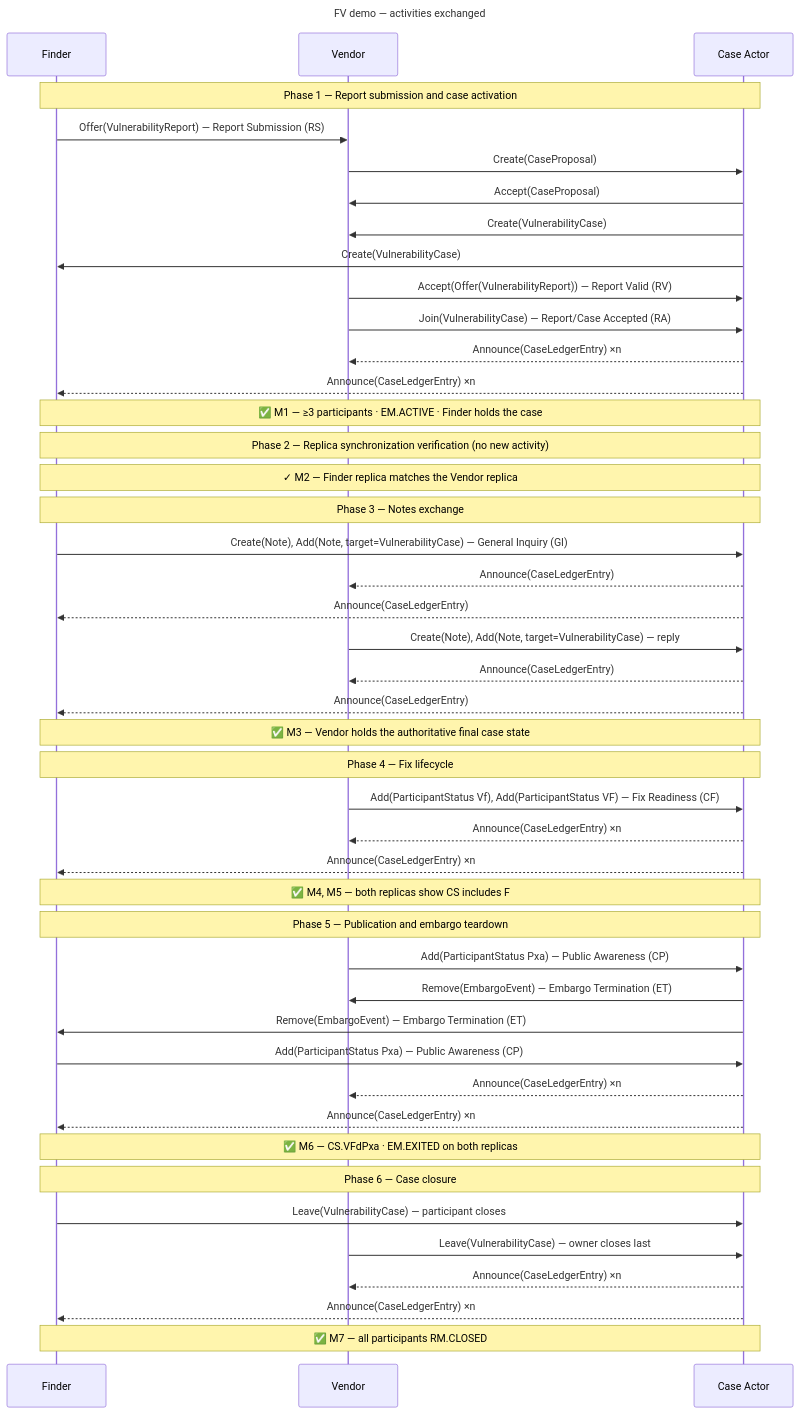
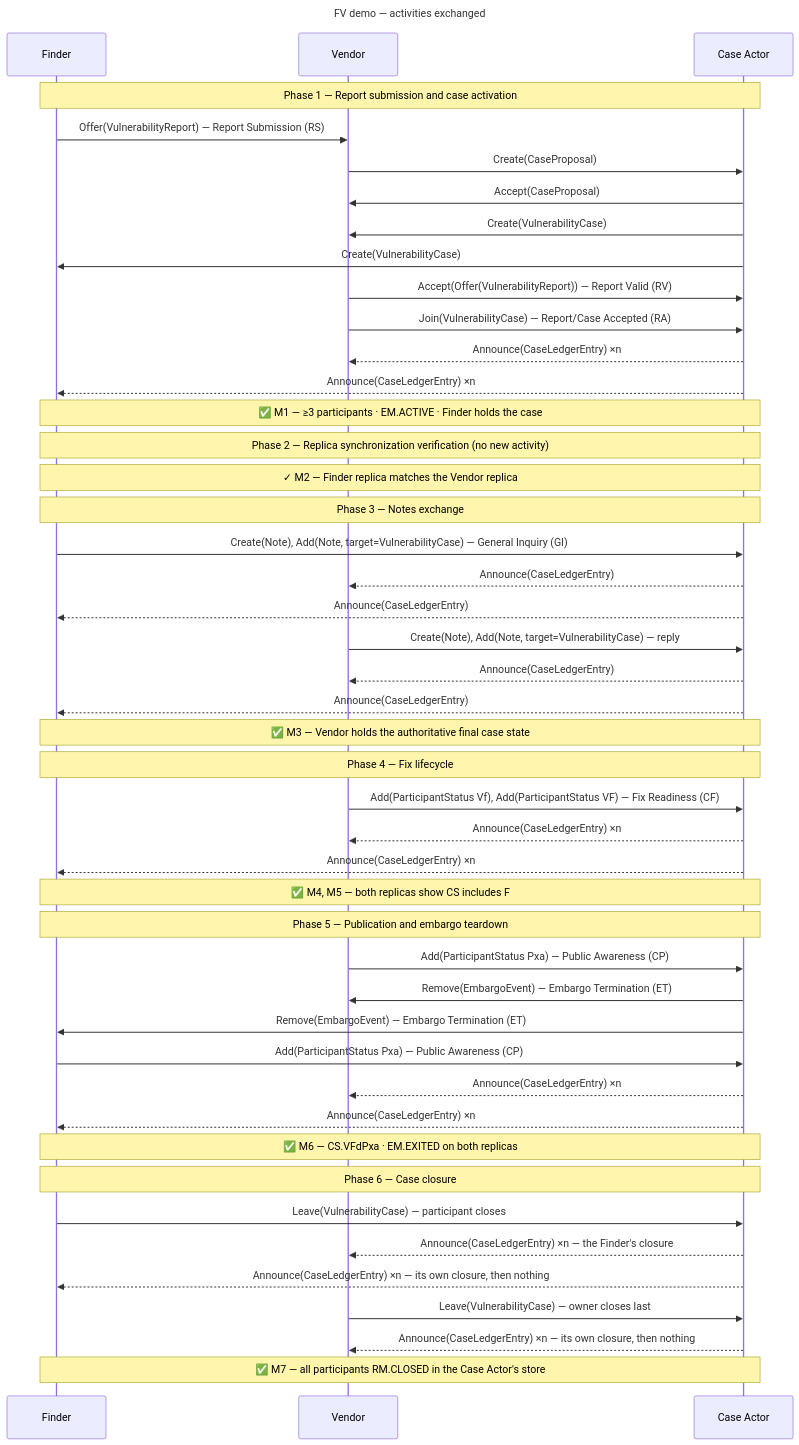
The diagram in docs/reference/fv-demo-protocol.md (CERTCC/Vultron), drawn with Mermaid before and after one commit. The commit also changed other lines of this file and 58 other files, not shown here.

First line of the commit message:
feat(core,demo): closed participants receive nothing after their own closure (CM-23-004)

````diff
--- a/docs/reference/fv-demo-protocol.md
+++ b/docs/reference/fv-demo-protocol.md
@@ -49,55 +49,56 @@
 ```mermaid
 ---
 title: FV demo — activities exchanged
 ---
 sequenceDiagram
     participant F as Finder
     participant V as Vendor
     participant CA as Case Actor
 
     note over F,CA: Phase 1 — Report submission and case activation
     F->>V: Offer(VulnerabilityReport) — Report Submission (RS)
     V->>CA: Create(CaseProposal)
     CA->>V: Accept(CaseProposal)
     CA->>V: Create(VulnerabilityCase)
     CA->>F: Create(VulnerabilityCase)
     V->>CA: Accept(Offer(VulnerabilityReport)) — Report Valid (RV)
     V->>CA: Join(VulnerabilityCase) — Report/Case Accepted (RA)
     CA-->>V: Announce(CaseLedgerEntry) ×n
     CA-->>F: Announce(CaseLedgerEntry) ×n
     note over F,CA: ✅ M1 — ≥3 participants · EM.ACTIVE · Finder holds the case
 
     note over F,CA: Phase 2 — Replica synchronization verification (no new activity)
     note over F,CA: ✓ M2 — Finder replica matches the Vendor replica
 
     note over F,CA: Phase 3 — Notes exchange
     F->>CA: Create(Note), Add(Note, target=VulnerabilityCase) — General Inquiry (GI)
     CA-->>V: Announce(CaseLedgerEntry)
     CA-->>F: Announce(CaseLedgerEntry)
     V->>CA: Create(Note), Add(Note, target=VulnerabilityCase) — reply
     CA-->>V: Announce(CaseLedgerEntry)
     CA-->>F: Announce(CaseLedgerEntry)
     note over F,CA: ✅ M3 — Vendor holds the authoritative final case state
 
     note over F,CA: Phase 4 — Fix lifecycle
     V->>CA: Add(ParticipantStatus Vf), Add(ParticipantStatus VF) — Fix Readiness (CF)
     CA-->>V: Announce(CaseLedgerEntry) ×n
     CA-->>F: Announce(CaseLedgerEntry) ×n
     note over F,CA: ✅ M4, M5 — both replicas show CS includes F
 
     note over F,CA: Phase 5 — Publication and embargo teardown
     V->>CA: Add(ParticipantStatus Pxa) — Public Awareness (CP)
     CA->>V: Remove(EmbargoEvent) — Embargo Termination (ET)
     CA->>F: Remove(EmbargoEvent) — Embargo Termination (ET)
     F->>CA: Add(ParticipantStatus Pxa) — Public Awareness (CP)
     CA-->>V: Announce(CaseLedgerEntry) ×n
     CA-->>F: Announce(CaseLedgerEntry) ×n
     note over F,CA: ✅ M6 — CS.VFdPxa · EM.EXITED on both replicas
 
     note over F,CA: Phase 6 — Case closure
     F->>CA: Leave(VulnerabilityCase) — participant closes
+    CA-->>V: Announce(CaseLedgerEntry) ×n — the Finder's closure
+    CA-->>F: Announce(CaseLedgerEntry) ×n — its own closure, then nothing
     V->>CA: Leave(VulnerabilityCase) — owner closes last
-    CA-->>V: Announce(CaseLedgerEntry) ×n
-    CA-->>F: Announce(CaseLedgerEntry) ×n
-    note over F,CA: ✅ M7 — all participants RM.CLOSED
+    CA-->>V: Announce(CaseLedgerEntry) ×n — its own closure, then nothing
+    note over F,CA: ✅ M7 — all participants RM.CLOSED in the Case Actor's store
 ```
````
